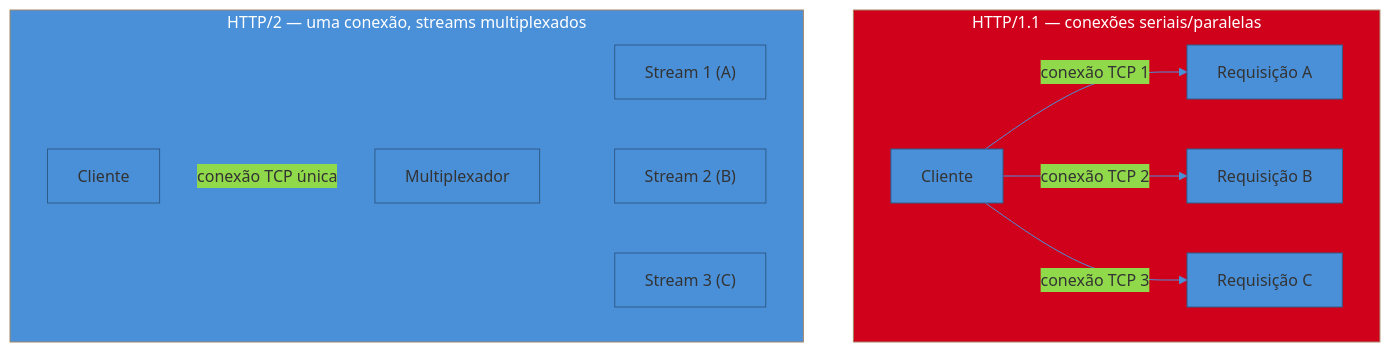
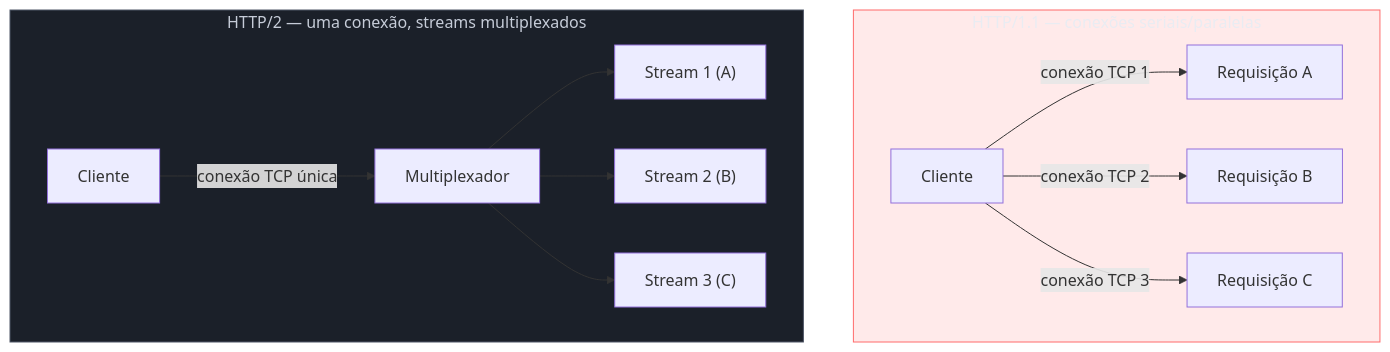
The first of 4 diagrams in 03-Dominios/Engenharia/Comunicação entre Sistemas/2 - Comunicação síncrona/05 - gRPC — Protobuf, HTTP2 e streaming.md (josenaldo/codex-technomanticus), drawn with Mermaid before and after one commit. The commit also changed other lines of this file and 1181 other files, not shown here.

First line of the commit message:
fix(diagramas): paleta do sistema no lugar de cor cravada no markdown

````diff
--- a/03-Dominios/Engenharia/Comunicação entre Sistemas/2 - Comunicação síncrona/05 - gRPC — Protobuf, HTTP2 e streaming.md
+++ b/03-Dominios/Engenharia/Comunicação entre Sistemas/2 - Comunicação síncrona/05 - gRPC — Protobuf, HTTP2 e streaming.md
@@ -76,17 +76,18 @@
 ```mermaid
-%%{init: {"theme": "base", "themeVariables": {"primaryColor": "#4A90D9", "primaryBorderColor": "#2E5C8A", "lineColor": "#4A90D9"}}}%%
 graph TD
+    classDef neutro fill:#1B2029,stroke:#4E5666,color:#C6CCD8
+    classDef falha fill:#FF6B6B24,stroke:#FF6B6B,color:#E9ECF2
     subgraph HTTP1["HTTP/1.1 — conexões seriais/paralelas"]
         C1["Cliente"] -->|"conexão TCP 1"| S1["Requisição A"]
         C1 -->|"conexão TCP 2"| S2["Requisição B"]
         C1 -->|"conexão TCP 3"| S3["Requisição C"]
     end
     subgraph HTTP2["HTTP/2 — uma conexão, streams multiplexados"]
         C2["Cliente"] -->|"conexão TCP única"| MUX["Multiplexador"]
         MUX --> ST1["Stream 1 (A)"]
         MUX --> ST2["Stream 2 (B)"]
         MUX --> ST3["Stream 3 (C)"]
     end
-    style HTTP2 fill:#4A90D9,color:#fff
-    style HTTP1 fill:#D0021B,color:#fff
+    class HTTP2 neutro
+    class HTTP1 falha
 ```
````
